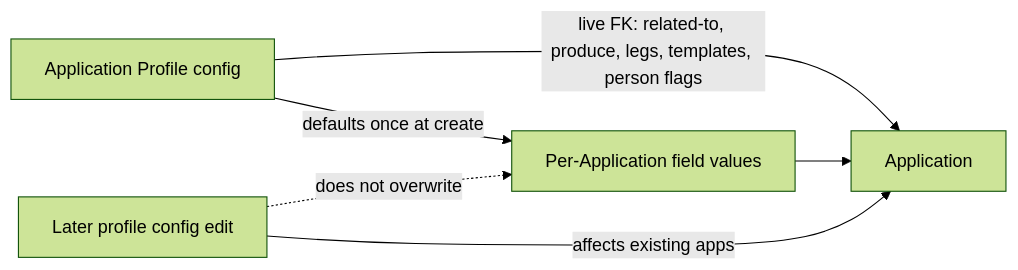
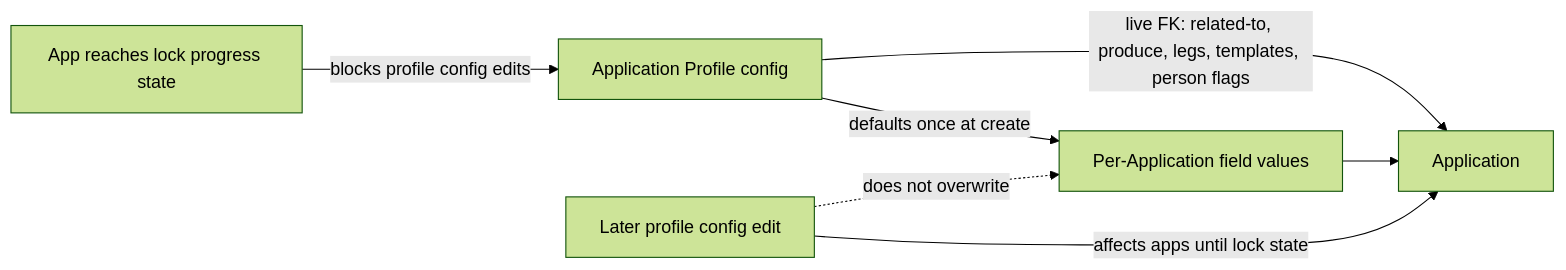
Before and after one commit to webapis/Visa2026: the first of 2 diagrams in docs/APPLICATION_PROFILE_PLAN.md, drawn with Mermaid (forest theme). The commit also changed other lines of this file and 2 other files, not shown here.

First line of the commit message:
Lock profile pick-at-create and progress-based config lock.

````diff
--- a/docs/APPLICATION_PROFILE_PLAN.md
+++ b/docs/APPLICATION_PROFILE_PLAN.md
@@ -145,10 +171,11 @@
 ```mermaid
 flowchart LR
   P[Application Profile config]
   A[Application]
   P -->|live FK: related-to, produce, legs, templates, person flags| A
   P -->|defaults once at create| V[Per-Application field values]
   V --> A
-  P2[Later profile config edit] -->|affects existing apps| A
+  P2[Later profile config edit] -->|affects apps until lock state| A
+  Lock[App reaches lock progress state] -->|blocks profile config edits| P
   P2 -.->|does not overwrite| V
 ```
````
